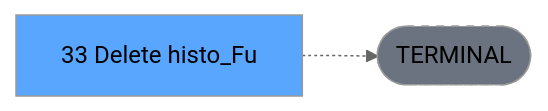
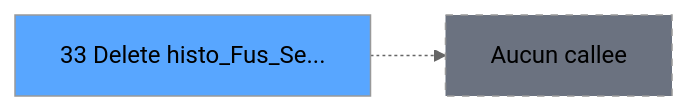
Before and after one commit to thonyAGP/lecteur-magic: the third of 3 diagrams in .openspec/specs/ADH-IDE-33.md, drawn with Mermaid (neutral theme). The commit also changed other lines of this file and 96 other files, not shown here.

````diff
--- a/.openspec/specs/ADH-IDE-33.md
+++ b/.openspec/specs/ADH-IDE-33.md
@@ -134,8 +162,8 @@
 ```mermaid
 graph LR
-    T[33 Delete histo_Fu]
-    TERM([TERMINAL])
-    T -.-> TERM
-    style TERM fill:#6b7280,stroke-dasharray: 5 5
-    style T fill:#58a6ff,color:#000
+    T33[33 Delete histo_Fus_Se...]
+    style T33 fill:#58a6ff
+    NONE[Aucun callee]
+    T33 -.-> NONE
+    style NONE fill:#6b7280,stroke-dasharray: 5 5
 ```
````
